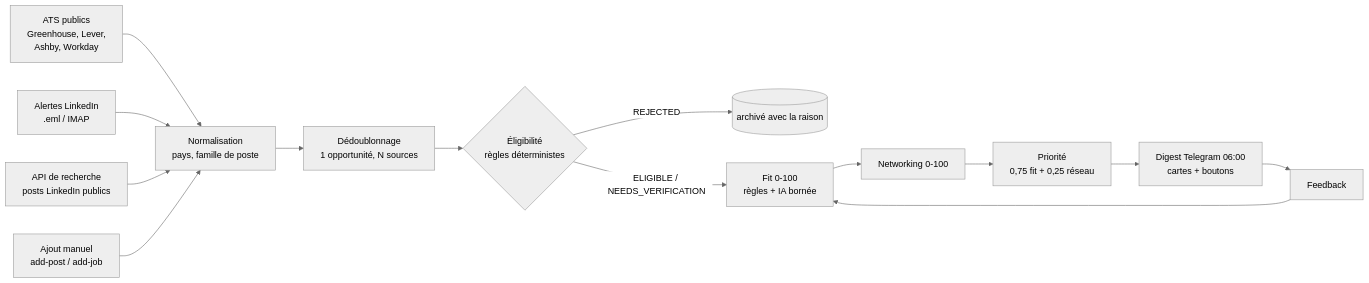
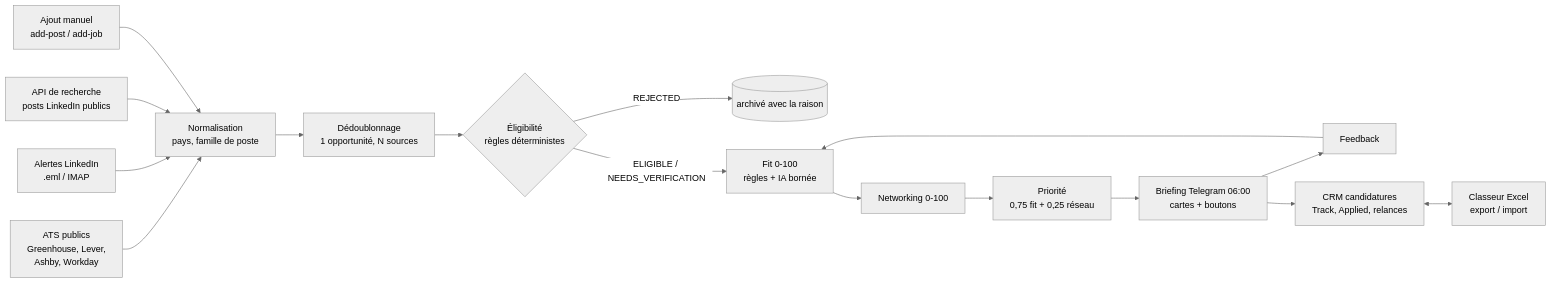
The diagram in README.md (Ilyess911/summer-hunter-2027), drawn with Mermaid (neutral theme) before and after one commit. The commit also changed other lines of this file and 33 other files, not shown here.

Commit message:
Application CRM: tracked applications, validated statuses, activity log, follow-ups, daily briefing, Telegram commands and synchronized Excel workbook

````diff
--- a/README.md
+++ b/README.md
@@ -42,15 +42,17 @@
 ```mermaid
 flowchart LR
     A[ATS publics<br/>Greenhouse, Lever,<br/>Ashby, Workday] --> N
     B[Alertes LinkedIn<br/>.eml / IMAP] --> N
     C[API de recherche<br/>posts LinkedIn publics] --> N
     D[Ajout manuel<br/>add-post / add-job] --> N
     N[Normalisation<br/>pays, famille de poste] --> X[Dédoublonnage<br/>1 opportunité, N sources]
     X --> E{Éligibilité<br/>règles déterministes}
     E -->|REJECTED| R[(archivé avec la raison)]
     E -->|ELIGIBLE / NEEDS_VERIFICATION| F[Fit 0-100<br/>règles + IA bornée]
     F --> W[Networking 0-100]
     W --> P[Priorité<br/>0,75 fit + 0,25 réseau]
-    P --> T[Digest Telegram 06:00<br/>cartes + boutons]
+    P --> T[Briefing Telegram 06:00<br/>cartes + boutons]
     T --> U[Feedback] --> F
+    T --> M[CRM candidatures<br/>Track, Applied, relances]
+    M <--> XL[Classeur Excel<br/>export / import]
 ```
````
